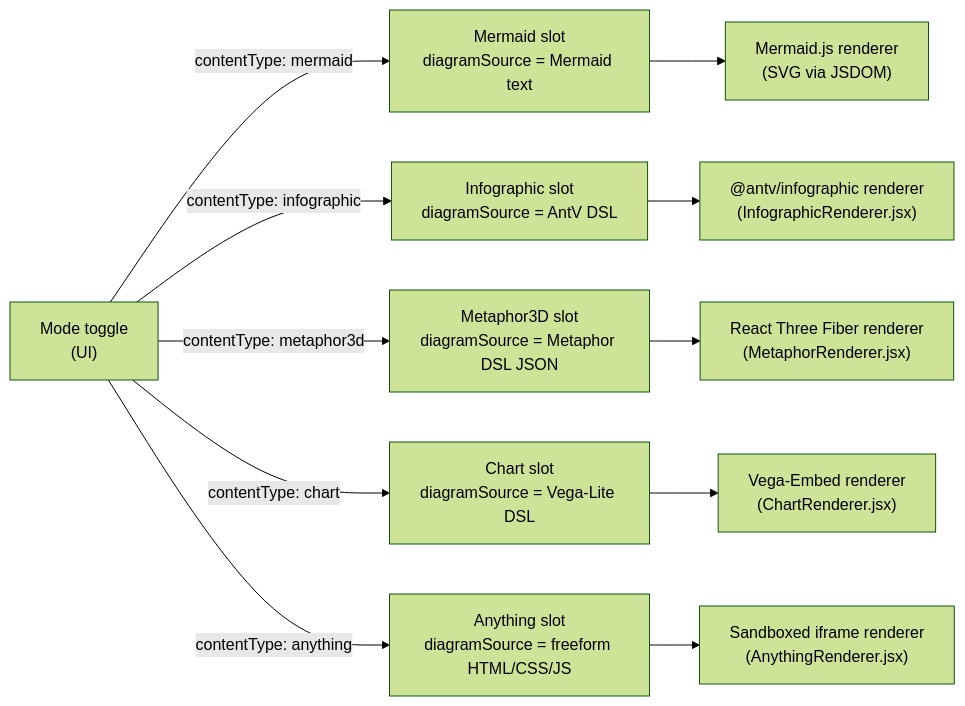
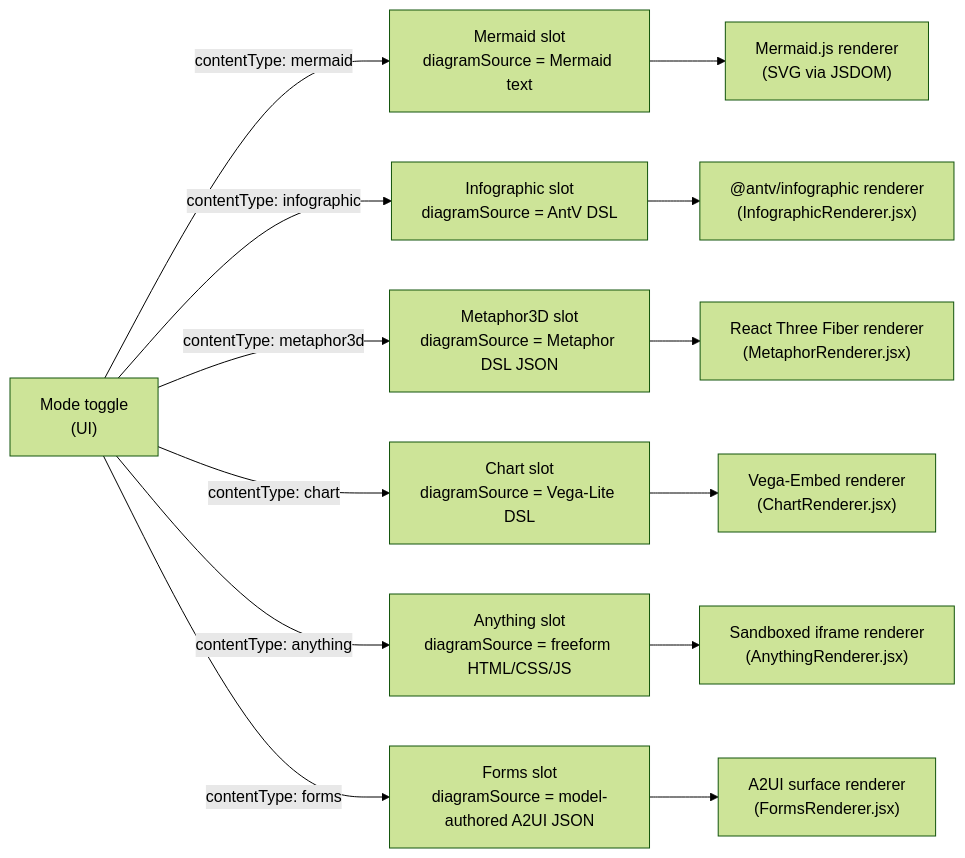
The diagram in docs/guide/content-types.md (acuhlmann/mermaid-gen), drawn with Mermaid (forest theme) before and after one commit. The commit also changed other lines of this file and 45 other files, not shown here.

````diff
--- a/docs/guide/content-types.md
+++ b/docs/guide/content-types.md
@@ -3,13 +3,15 @@
 ```mermaid
 flowchart LR
   Toggle["Mode toggle\n(UI)"] -->|"contentType: mermaid"| MS["Mermaid slot\ndiagramSource = Mermaid text"]
   Toggle -->|"contentType: infographic"| IS["Infographic slot\ndiagramSource = AntV DSL"]
   Toggle -->|"contentType: metaphor3d"| ME["Metaphor3D slot\ndiagramSource = Metaphor DSL JSON"]
   Toggle -->|"contentType: chart"| CS["Chart slot\ndiagramSource = Vega-Lite DSL"]
   Toggle -->|"contentType: anything"| AS["Anything slot\ndiagramSource = freeform HTML/CSS/JS"]
+  Toggle -->|"contentType: forms"| FS["Forms slot\ndiagramSource = model-authored A2UI JSON"]
   MS --> MR["Mermaid.js renderer\n(SVG via JSDOM)"]
   IS --> IR["@antv/infographic renderer\n(InfographicRenderer.jsx)"]
   ME --> R3F["React Three Fiber renderer\n(MetaphorRenderer.jsx)"]
   CS --> VR["Vega-Embed renderer\n(ChartRenderer.jsx)"]
   AS --> AR["Sandboxed iframe renderer\n(AnythingRenderer.jsx)"]
+  FS --> FR["A2UI surface renderer\n(FormsRenderer.jsx)"]
 ```
````
